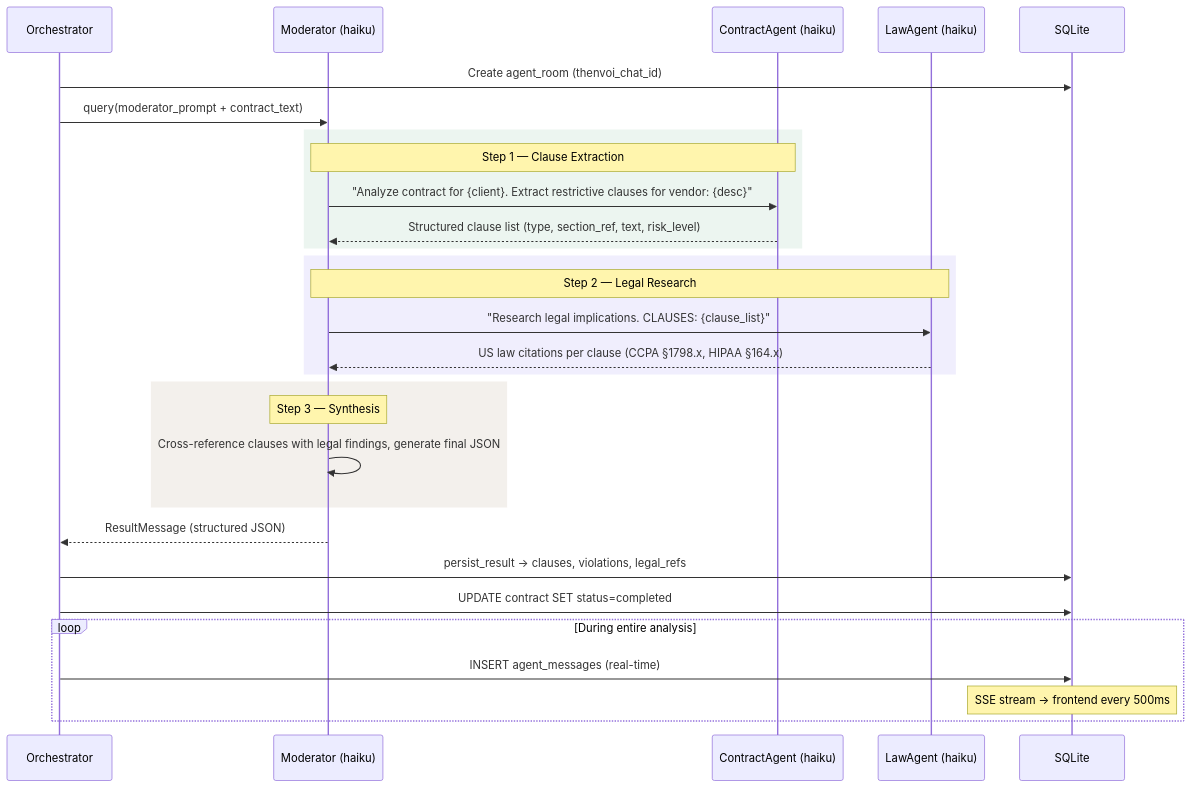
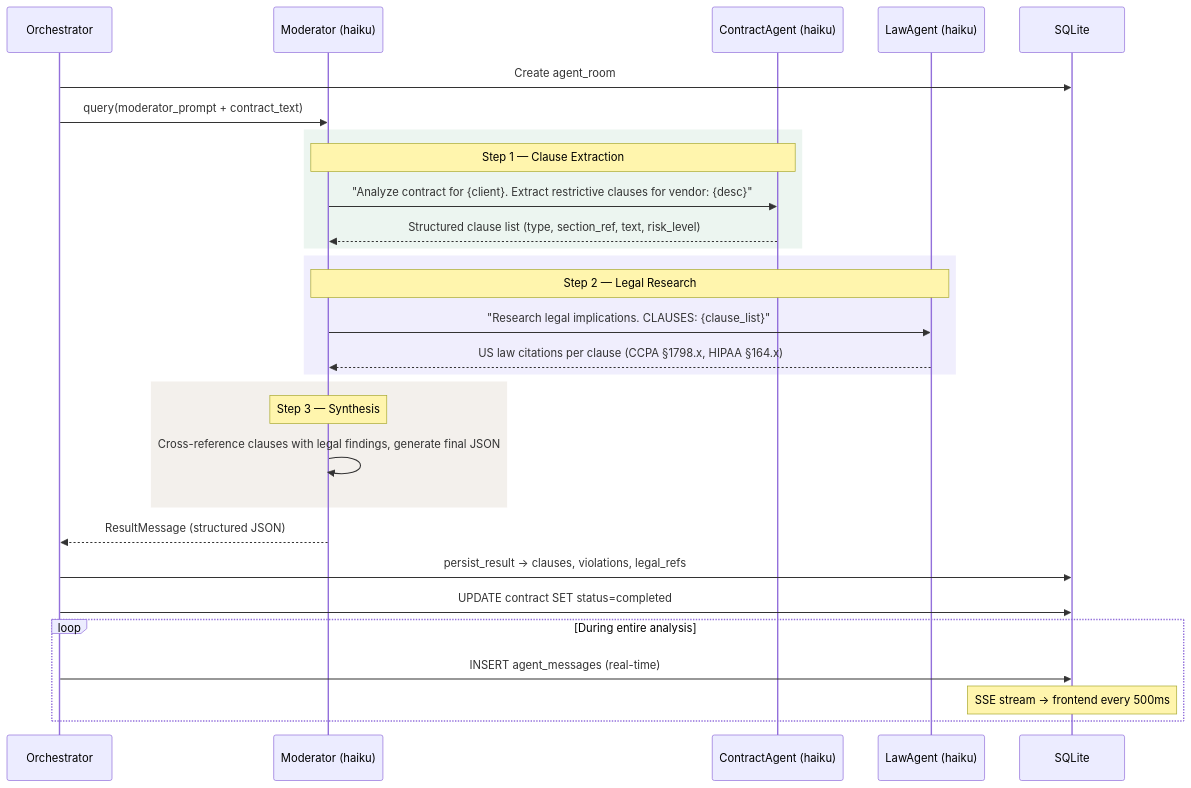
One commit to NaichuanZhang/ContractSwarm changed the fifth of 10 diagrams in README.md. Above: the diagram before and after it, drawn with Mermaid. The commit also changed other lines of this file and 1 other file, not shown here.

First line of the commit message:
docs: remove Thenvoi section and references

````diff
--- a/README.md
+++ b/README.md
@@ -374,37 +268,37 @@
 ```mermaid
 sequenceDiagram
     participant O as Orchestrator
     participant M as Moderator (haiku)
     participant CA as ContractAgent (haiku)
     participant LA as LawAgent (haiku)
     participant DB as SQLite
 
-    O->>DB: Create agent_room (thenvoi_chat_id)
+    O->>DB: Create agent_room
     O->>M: query(moderator_prompt + contract_text)
 
     rect rgb(74, 158, 110, 0.1)
         Note over M,CA: Step 1 — Clause Extraction
         M->>CA: "Analyze contract for {client}. Extract restrictive clauses for vendor: {desc}"
         CA-->>M: Structured clause list (type, section_ref, text, risk_level)
     end
 
     rect rgb(107, 92, 231, 0.1)
         Note over M,LA: Step 2 — Legal Research
         M->>LA: "Research legal implications. CLAUSES: {clause_list}"
         LA-->>M: US law citations per clause (CCPA §1798.x, HIPAA §164.x)
     end
 
     rect rgb(139, 111, 71, 0.1)
         Note over M: Step 3 — Synthesis
         M->>M: Cross-reference clauses with legal findings, generate final JSON
     end
 
     M-->>O: ResultMessage (structured JSON)
     O->>DB: persist_result → clauses, violations, legal_refs
     O->>DB: UPDATE contract SET status=completed
 
     loop During entire analysis
         O->>DB: INSERT agent_messages (real-time)
         Note over DB: SSE stream → frontend every 500ms
     end
 ```
````
